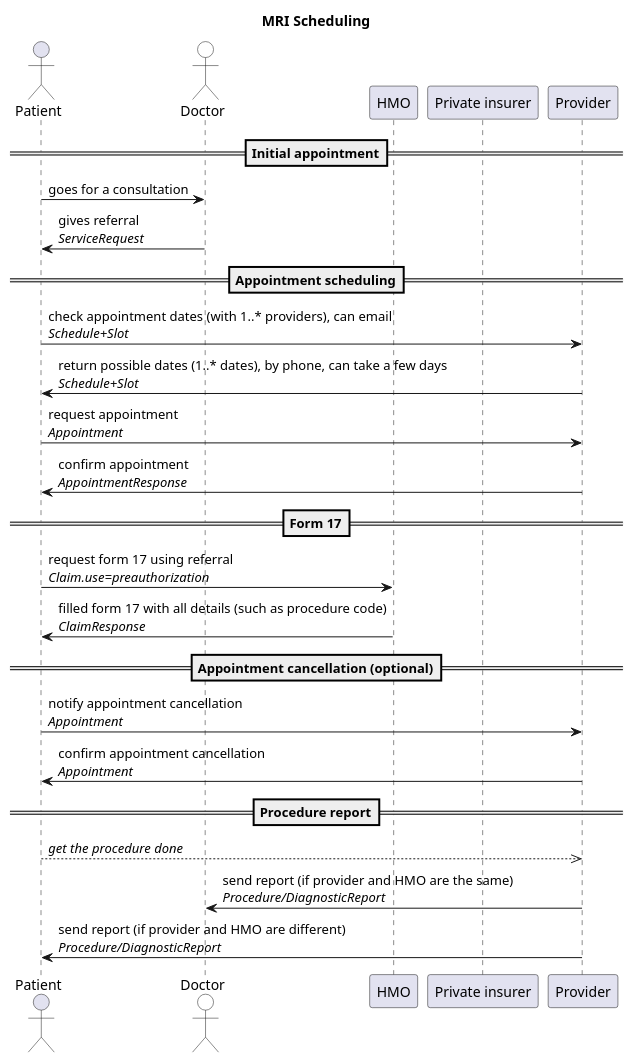
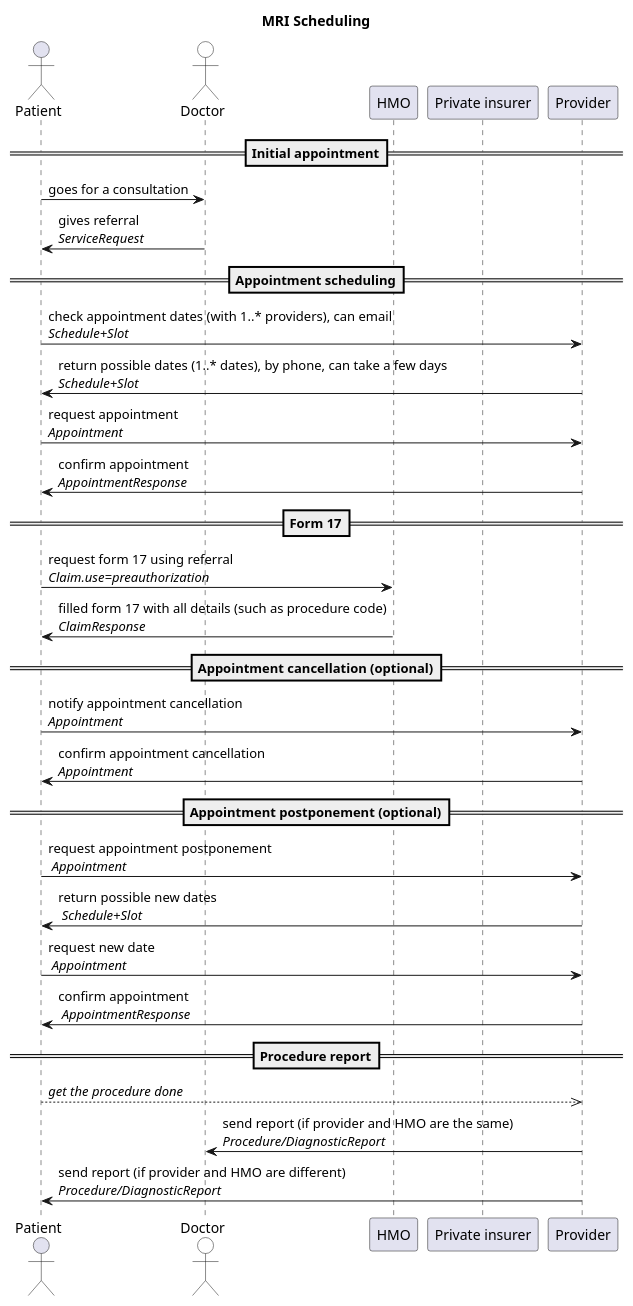
One commit to vadi2/MRI-Scheduling changed the diagram in input/images-source/workflow.plantuml. Above: the diagram before and after it, drawn with PlantUML. The commit also changed 3 other files, not shown here.

Commit message:
Model appointment postponement

```diff
--- a/input/images-source/workflow.plantuml
+++ b/input/images-source/workflow.plantuml
@@ -1,36 +1,42 @@
 @startuml
 'editable with https://planttext.com
 'see documentation at https://plantuml.com/sequence-diagram
 
 title "MRI Scheduling"
 
 actor Patient
 actor Doctor #white
 participant HMO
 participant "Private insurer"
 participant Provider
 
 == Initial appointment==
 Patient -> Doctor: goes for a consultation
 Doctor -> Patient: gives referral\n//ServiceRequest//
 
 == Appointment scheduling==
 Patient -> Provider: check appointment dates (with 1..* providers), can email\n//Schedule+Slot//
 Provider -> Patient: return possible dates (1..* dates), by phone, can take a few days\n//Schedule+Slot//
 Patient -> Provider: request appointment\n//Appointment//
 Provider -> Patient: confirm appointment\n//AppointmentResponse//
 
 == Form 17==
 Patient -> HMO: request form 17 using referral\n//Claim.use=preauthorization//
 HMO -> Patient: filled form 17 with all details (such as procedure code)\n//ClaimResponse//
 
 == Appointment cancellation (optional)==
 Patient -> Provider: notify appointment cancellation\n//Appointment//
 Provider -> Patient: confirm appointment cancellation\n//Appointment//
 
+== Appointment postponement (optional)==
+Patient -> Provider: request appointment postponement\n //Appointment//
+Provider -> Patient: return possible new dates\n //Schedule+Slot//
+Patient -> Provider: request new date\n //Appointment//
+Provider -> Patient: confirm appointment\n //AppointmentResponse//
+
 == Procedure report==
 Patient -->> Provider: //get the procedure done//
 Provider -> Doctor: send report (if provider and HMO are the same)\n//Procedure/DiagnosticReport//
 Provider -> Patient: send report (if provider and HMO are different)\n//Procedure/DiagnosticReport//
 
 @enduml
```
